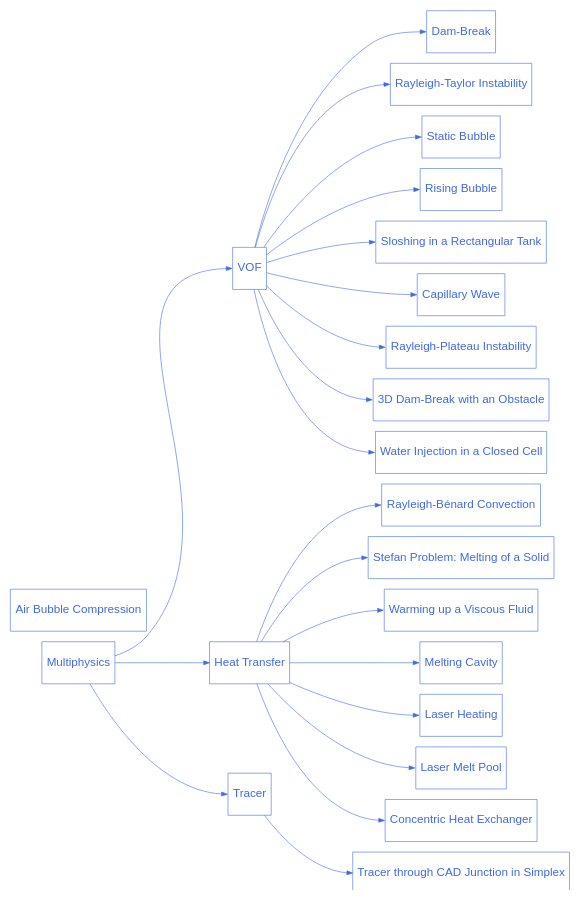
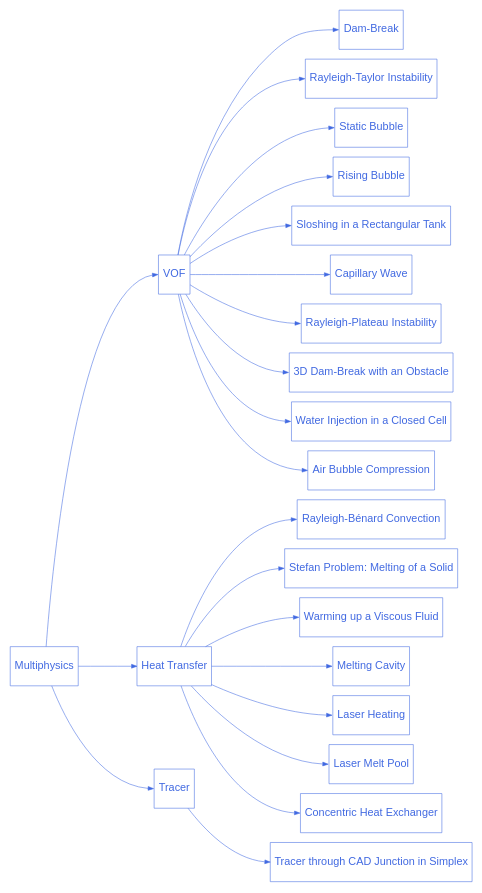
Before and after one commit to chaos-polymtl/lethe: the diagram in doc/source/examples/multiphysics/multiphysics.rst, drawn with Graphviz.

Commit message:
fix multiphysics examples diagram

```diff
--- a/doc/source/examples/multiphysics/multiphysics.rst
+++ b/doc/source/examples/multiphysics/multiphysics.rst
@@ -14,77 +14,78 @@
 .. graphviz:: 
 
     digraph multiphysics_diagram {
       graph [bgcolor="transparent", align=true, ranksep=1.5];
       node [fontname=Arial, fontsize=20, shape=box, fontcolor=royalblue, color=royalblue, height=1];
       edge [color=royalblue];
       rankdir="LR";
       size = "9,9";
 
       multiphysics [label="Multiphysics", href="https://chaos-polymtl.github.io/lethe/documentation/examples/multiphysics/multiphysics.html"];
 
       multiphysics_1 [label="VOF", href="https://chaos-polymtl.github.io/lethe/documentation/examples/multiphysics/vof.html"];  
 
       multiphysics_1_1 [label="Dam-Break", href="https://chaos-polymtl.github.io/lethe/documentation/examples/multiphysics/dam-break/dam-break.html"];
 
       multiphysics_1_2 [label="Rayleigh-Taylor Instability", href="https://chaos-polymtl.github.io/lethe/documentation/examples/multiphysics/rayleigh-taylor-instability/rayleigh-taylor-instability.html"];
 
       multiphysics_1_3 [label="Static Bubble", href="https://chaos-polymtl.github.io/lethe/documentation/examples/multiphysics/static-bubble/static-bubble.html"];
 
       multiphysics_1_4 [label="Rising Bubble", href="https://chaos-polymtl.github.io/lethe/documentation/examples/multiphysics/rising-bubble/rising-bubble.html"];
 
       multiphysics_1_5 [label="Sloshing in a Rectangular Tank", href="https://chaos-polymtl.github.io/lethe/documentation/examples/multiphysics/sloshing-in-rectangular-tank/sloshing-in-rectangular-tank.html"];
 
       multiphysics_1_6 [label="Capillary Wave", href="https://chaos-polymtl.github.io/lethe/documentation/examples/multiphysics/capillary-wave/capillary-wave.html"];
 
       multiphysics_1_7 [label="Rayleigh-Plateau Instability", href="https://chaos-polymtl.github.io/lethe/documentation/examples/multiphysics/rayleigh-plateau-instability/rayleigh-plateau-instability.html"];
 
       multiphysics_1_8 [label="3D Dam-Break with an Obstacle", href="https://chaos-polymtl.github.io/lethe/documentation/examples/multiphysics/3d-dam-break/3d-dam-break.html"];
 
       multiphysics_1_9 [label="Water Injection in a Closed Cell", href="https://chaos-polymtl.github.io/lethe/documentation/examples/multiphysics/water-injection-in-a-closed-cell/water-injection-in-a-closed-cell.html"];
 
       multiphysics_1_10 [label="Air Bubble Compression", href="https://chaos-polymtl.github.io/lethe/documentation/examples/multiphysics/air-bubble-compression/air-bubble-compression.html"];
 
       multiphysics_2 [label="Heat Transfer", href="https://chaos-polymtl.github.io/lethe/documentation/examples/multiphysics/heat-transfer.html"];
 
       multiphysics_2_1 [label="Rayleigh-Bénard Convection", href="https://chaos-polymtl.github.io/lethe/documentation/examples/multiphysics/rayleigh-benard-convection/rayleigh-benard-convection.html"];
 
       multiphysics_2_2 [label="Stefan Problem: Melting of a Solid", href="https://chaos-polymtl.github.io/lethe/documentation/examples/multiphysics/stefan-problem/stefan-problem.html"];
 
       multiphysics_2_3 [label="Warming up a Viscous Fluid", href="https://chaos-polymtl.github.io/lethe/documentation/examples/multiphysics/warming-up-a-viscous-fluid/warming-up-a-viscous-fluid.html"];
 
       multiphysics_2_4 [label="Melting Cavity", href="https://chaos-polymtl.github.io/lethe/documentation/examples/multiphysics/melting-cavity/melting-cavity.html"];
 
       multiphysics_2_5 [label="Laser Heating", href="https://chaos-polymtl.github.io/lethe/documentation/examples/multiphysics/laser-heating/laser-heating.html"];
 
       multiphysics_2_6 [label="Laser Melt Pool", href="https://chaos-polymtl.github.io/lethe/documentation/examples/multiphysics/laser-melt-pool/laser-melt-pool.html"];
 
       multiphysics_2_7 [label="Concentric Heat Exchanger", href="https://chaos-polymtl.github.io/lethe/documentation/examples/multiphysics/concentric-heat-exchanger/concentric-heat-exchanger.html"];
 
       multiphysics_3 [label="Tracer", href="https://chaos-polymtl.github.io/lethe/documentation/examples/multiphysics/tracer.html"];  
 
       multiphysics_3_1 [label="Tracer through CAD Junction in Simplex", href="https://chaos-polymtl.github.io/lethe/documentation/examples/multiphysics/tracer-through-cad-junction/tracer-through-cad-junction.html"];
 
       multiphysics -> multiphysics_1:w;
       multiphysics -> multiphysics_2:w;
       multiphysics -> multiphysics_3:w;
 
       multiphysics_1 -> multiphysics_1_1:w;
       multiphysics_1 -> multiphysics_1_2:w;
       multiphysics_1 -> multiphysics_1_3:w;
       multiphysics_1 -> multiphysics_1_4:w;
       multiphysics_1 -> multiphysics_1_5:w;
       multiphysics_1 -> multiphysics_1_6:w;
       multiphysics_1 -> multiphysics_1_7:w;
       multiphysics_1 -> multiphysics_1_8:w;
       multiphysics_1 -> multiphysics_1_9:w;
+      multiphysics_1 -> multiphysics_1_10:w;
 
       multiphysics_2 -> multiphysics_2_1:w;
       multiphysics_2 -> multiphysics_2_2:w;
       multiphysics_2 -> multiphysics_2_3:w;
       multiphysics_2 -> multiphysics_2_4:w;
       multiphysics_2 -> multiphysics_2_5:w;
       multiphysics_2 -> multiphysics_2_6:w;
       multiphysics_2 -> multiphysics_2_7:w;
 
       multiphysics_3 -> multiphysics_3_1:w;
     }
```
